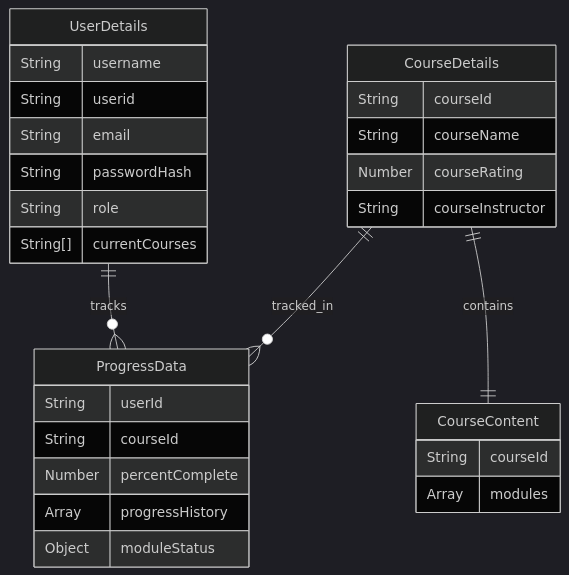
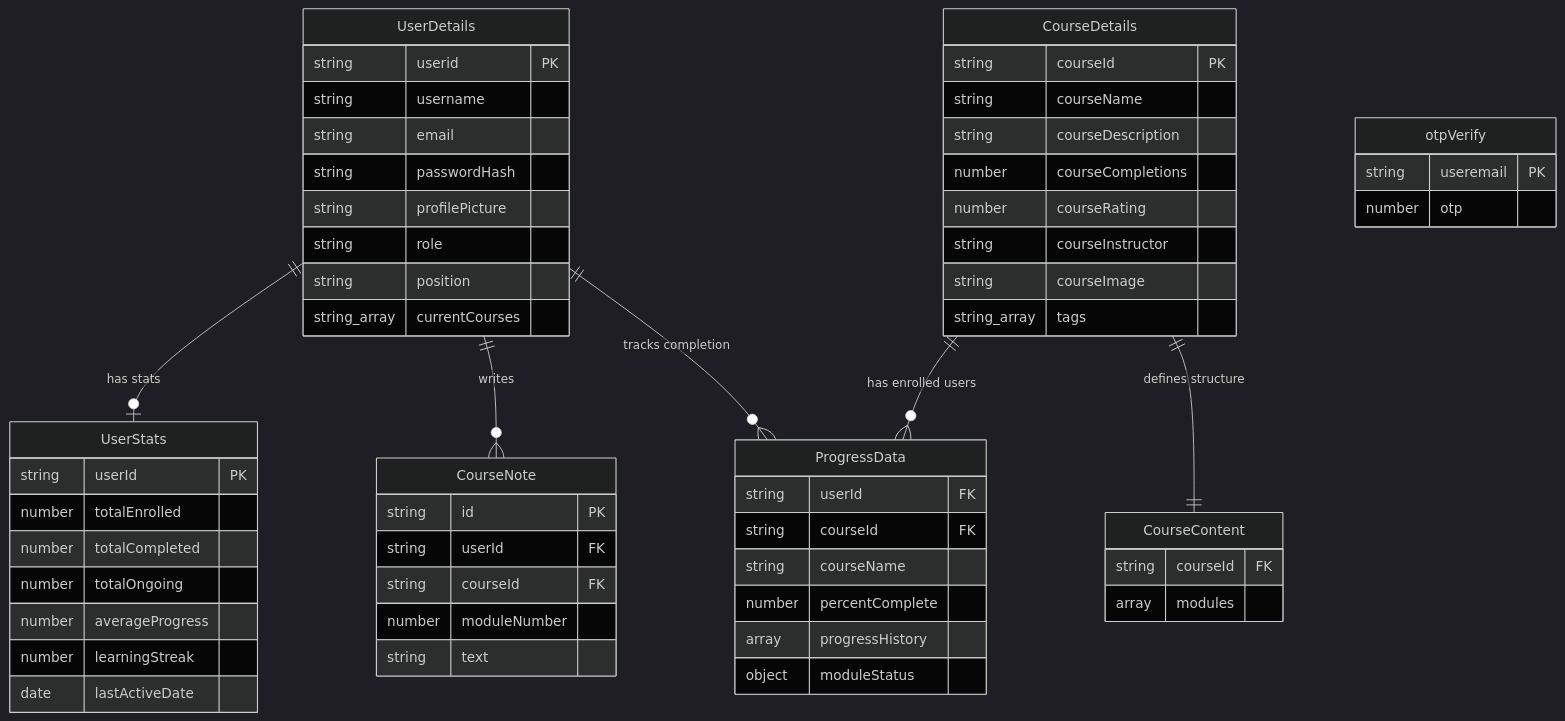
The second of 3 diagrams in architecture.md (abdul8704/EduTrack), drawn with Mermaid (dark theme) before and after one commit. The commit also changed other lines of this file, not shown here.

Commit message:
docs: add system architecture, database schema, API reference, and tech stack details

````diff
--- a/architecture.md
+++ b/architecture.md
@@ -32,31 +112,67 @@
 ```mermaid
 erDiagram
-    UserDetails ||--o{ ProgressData : tracks
-    CourseDetails ||--o{ ProgressData : tracked_in
-    CourseDetails ||--|| CourseContent : contains
     UserDetails {
-        String username
-        String userid
-        String email
-        String passwordHash
-        String role
-        String[] currentCourses
+        string userid PK
+        string username
+        string email
+        string passwordHash
+        string profilePicture
+        string role
+        string position
+        string_array currentCourses
     }
+
     CourseDetails {
-        String courseId
-        String courseName
-        Number courseRating
-        String courseInstructor
+        string courseId PK
+        string courseName
+        string courseDescription
+        number courseCompletions
+        number courseRating
+        string courseInstructor
+        string courseImage
+        string_array tags
     }
+
     CourseContent {
-        String courseId
-        Array modules
+        string courseId FK
+        array modules
     }
+
     ProgressData {
-        String userId
-        String courseId
-        Number percentComplete
-        Array progressHistory
-        Object moduleStatus
+        string userId FK
+        string courseId FK
+        string courseName
+        number percentComplete
+        array progressHistory
+        object moduleStatus
     }
+
+    CourseNote {
+        string id PK
+        string userId FK
+        string courseId FK
+        number moduleNumber
+        string text
+    }
+
+    UserStats {
+        string userId PK
+        number totalEnrolled
+        number totalCompleted
+        number totalOngoing
+        number averageProgress
+        number learningStreak
+        date lastActiveDate
+    }
+
+    otpVerify {
+        string useremail PK
+        number otp
+    }
+
+    UserDetails ||--o{ ProgressData : "tracks completion"
+    CourseDetails ||--|| CourseContent : "defines structure"
+    UserDetails ||--o{ CourseNote : "writes"
+    CourseDetails ||--o{ ProgressData : "has enrolled users"
+    UserDetails ||--o| UserStats : "has stats"
 ```
````
